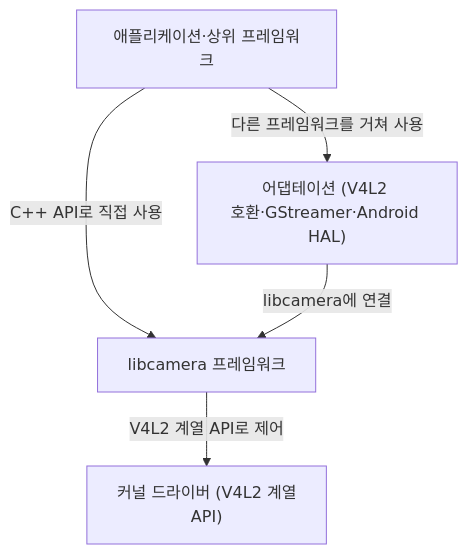
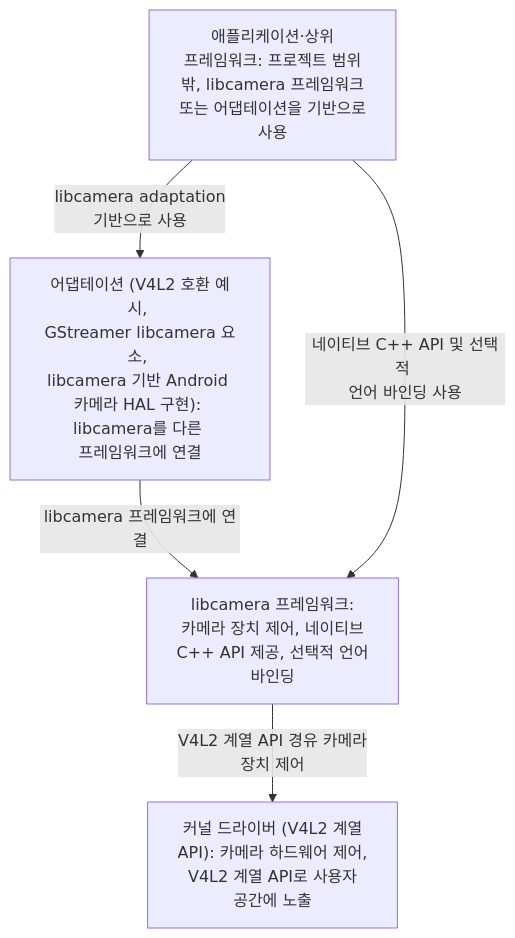
The first of 5 diagrams in docs/vendor-overview.md (TTolsun/libcamera-sdd), drawn with Mermaid before and after one commit. The commit also changed other lines of this file and 352 other files, not shown here.

````diff
--- a/docs/vendor-overview.md
+++ b/docs/vendor-overview.md
@@ -34,12 +31,12 @@
 ```mermaid
 flowchart TB
-%% sdd:translations {"C++ API로 직접 사용": "Use the C++ API directly", "V4L2 계열 API로 제어": "Control through the V4L2 <br/>family of APIs", "libcamera 프레임워크": "libcamera framework", "libcamera에 연결": "Connect to libcamera", "다른 프레임워크를 거쳐 사용": "Use through another <br/>framework", "애플리케이션·상위 프레임워크": "Applications and <br/>upper-level frameworks", "어댑테이션 (V4L2 <br/>호환·GStreamer·Android HAL)": "Adaptation (V4L2 <br/>compatibility, GStreamer, <br/>Android HAL)", "커널 드라이버 (V4L2 계열 <br/>API)": "Kernel drivers (V4L2 family <br/>of APIs)"}
-  v_apps["애플리케이션·상위 프레임워크"]
-  v_adaptation["어댑테이션 (V4L2 <br/>호환·GStreamer·Android HAL)"]
-  v_framework["libcamera 프레임워크"]
-  v_kernel["커널 드라이버 (V4L2 계열 <br/>API)"]
-  v_apps -->|"C++ API로 직접 사용"| v_framework
-  v_apps -->|"다른 프레임워크를 거쳐 사용"| v_adaptation
-  v_adaptation -->|"libcamera에 연결"| v_framework
-  v_framework -->|"V4L2 계열 API로 제어"| v_kernel
+%% sdd:translations {"V4L2 계열 API 경유 카메라 <br/>장치 제어": "Control camera devices via <br/>the V4L2 family of APIs", "libcamera adaptation <br/>기반으로 사용": "Use based on the libcamera <br/>adaptation", "libcamera 프레임워크: <br/>카메라 장치 제어, 네이티브 <br/>C++ API 제공, 선택적 언어 <br/>바인딩": "libcamera framework: camera <br/>device control, native C++ <br/>API, optional language <br/>bindings", "libcamera 프레임워크에 연결": "Connect to the libcamera <br/>framework", "네이티브 C++ API 및 선택적 <br/>언어 바인딩 사용": "Use the native C++ API and <br/>optional language bindings", "애플리케이션·상위 <br/>프레임워크: 프로젝트 범위 <br/>밖, libcamera 프레임워크 <br/>또는 어댑테이션을 기반으로 <br/>사용": "Applications and <br/>upper-level frameworks: <br/>outside project scope, <br/>based on the libcamera <br/>framework or adaptation", "어댑테이션 (V4L2 호환 예시, <br/>GStreamer libcamera 요소, <br/>libcamera 기반 Android <br/>카메라 HAL 구현): <br/>libcamera를 다른 <br/>프레임워크에 연결": "Adaptation (V4L2 <br/>compatibility example, <br/>gstreamer libcamera <br/>element, libcamera-based <br/>Android camera HAL <br/>implementation): connects <br/>libcamera to other <br/>frameworks", "커널 드라이버 (V4L2 계열 <br/>API): 카메라 하드웨어 제어, <br/>V4L2 계열 API로 사용자 <br/>공간에 노출": "Kernel drivers (V4L2 family <br/>of APIs): control camera <br/>hardware and expose it to <br/>userspace through V4L2 APIs"}
+  v_apps["애플리케이션·상위 <br/>프레임워크: 프로젝트 범위 <br/>밖, libcamera 프레임워크 <br/>또는 어댑테이션을 기반으로 <br/>사용"]
+  v_adaptation["어댑테이션 (V4L2 호환 예시, <br/>GStreamer libcamera 요소, <br/>libcamera 기반 Android <br/>카메라 HAL 구현): <br/>libcamera를 다른 <br/>프레임워크에 연결"]
+  v_framework["libcamera 프레임워크: <br/>카메라 장치 제어, 네이티브 <br/>C++ API 제공, 선택적 언어 <br/>바인딩"]
+  v_kernel["커널 드라이버 (V4L2 계열 <br/>API): 카메라 하드웨어 제어, <br/>V4L2 계열 API로 사용자 <br/>공간에 노출"]
+  v_apps -->|"libcamera adaptation <br/>기반으로 사용"| v_adaptation
+  v_adaptation -->|"libcamera 프레임워크에 연결"| v_framework
+  v_framework -->|"V4L2 계열 API 경유 카메라 <br/>장치 제어"| v_kernel
+  v_apps -->|"네이티브 C++ API 및 선택적 <br/>언어 바인딩 사용"| v_framework
 ```
````
